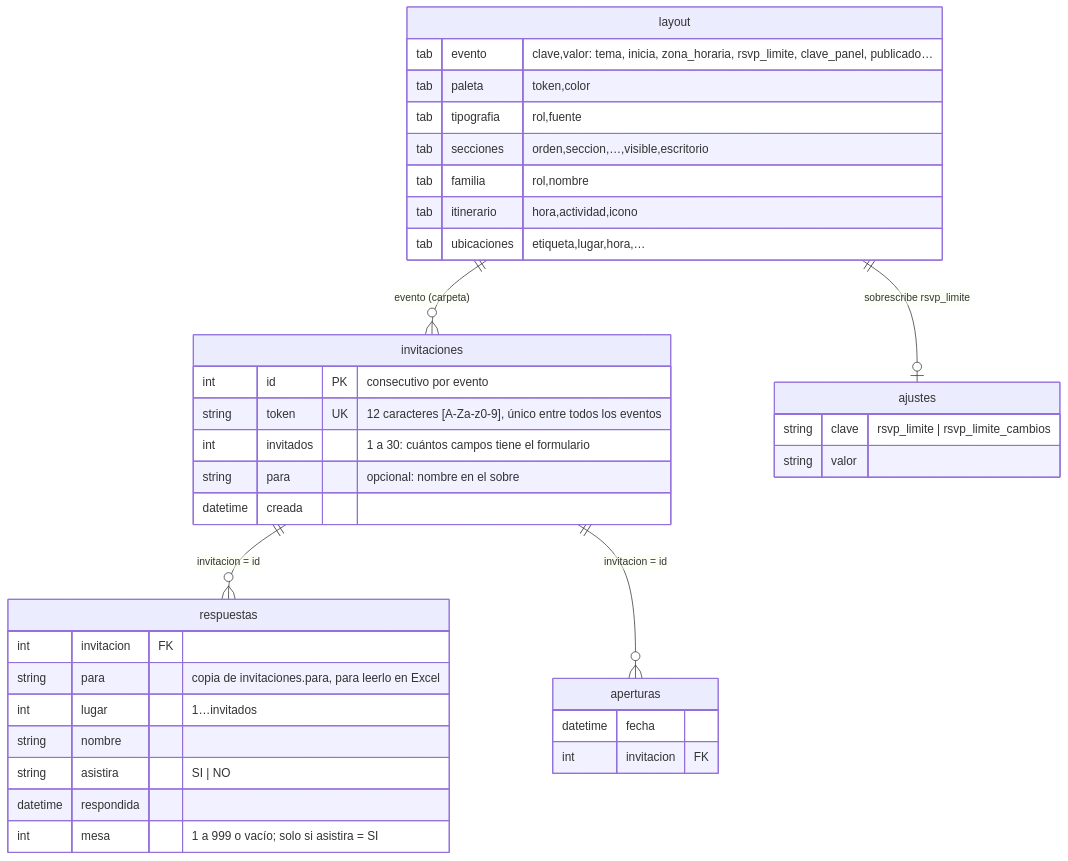
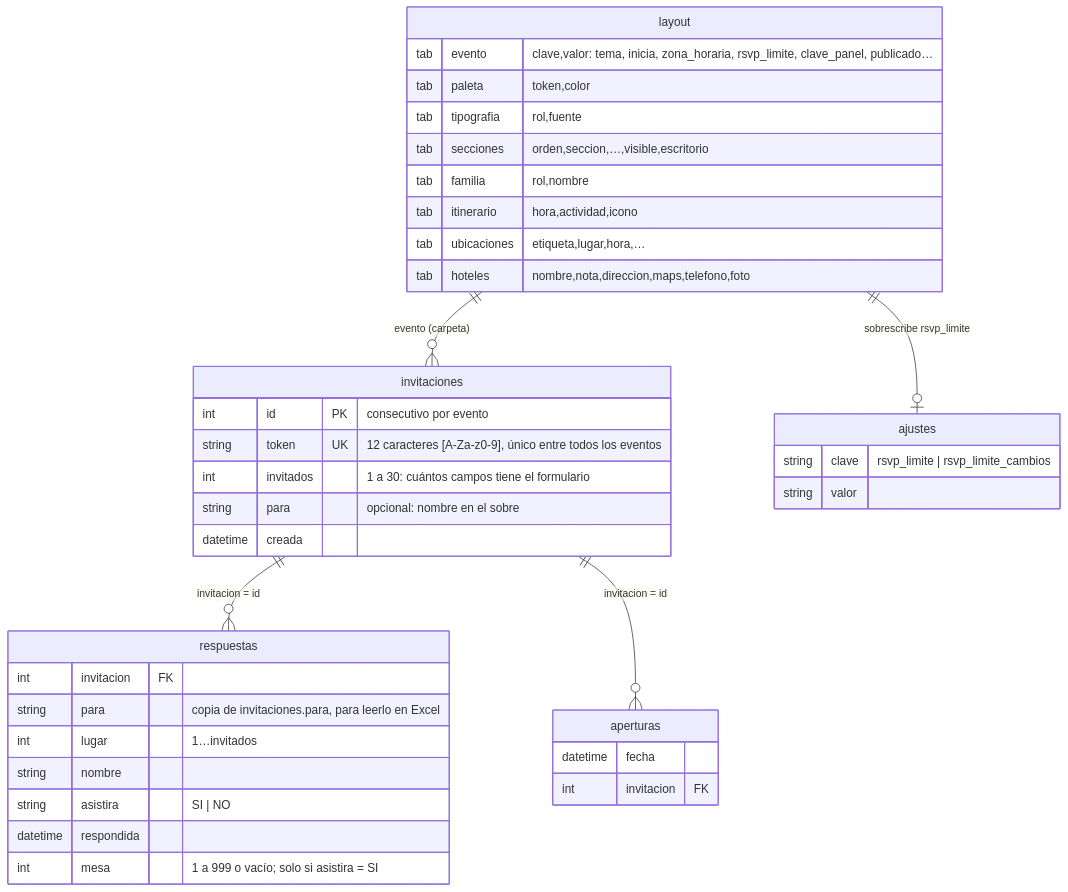
The diagram in docs/plan-invitaciones/03-arquitectura-objetivo/modelo-datos.md (rjm019/invitaciones), drawn with Mermaid before and after one commit. The commit also changed other lines of this file and 83 other files, not shown here.

````diff
--- a/docs/plan-invitaciones/03-arquitectura-objetivo/modelo-datos.md
+++ b/docs/plan-invitaciones/03-arquitectura-objetivo/modelo-datos.md
@@ -24,41 +24,42 @@
 ```mermaid
 erDiagram
     layout ||--o{ invitaciones : "evento (carpeta)"
     invitaciones ||--o{ respuestas : "invitacion = id"
     invitaciones ||--o{ aperturas : "invitacion = id"
     layout ||--o| ajustes : "sobrescribe rsvp_limite"
 
     layout {
       tab evento "clave,valor: tema, inicia, zona_horaria, rsvp_limite, clave_panel, publicado…"
       tab paleta "token,color"
       tab tipografia "rol,fuente"
       tab secciones "orden,seccion,…,visible,escritorio"
       tab familia "rol,nombre"
       tab itinerario "hora,actividad,icono"
       tab ubicaciones "etiqueta,lugar,hora,…"
+      tab hoteles "nombre,nota,direccion,maps,telefono,foto"
     }
     invitaciones {
       int id PK "consecutivo por evento"
       string token UK "12 caracteres [A-Za-z0-9], único entre todos los eventos"
       int invitados "1 a 30: cuántos campos tiene el formulario"
       string para "opcional: nombre en el sobre"
       datetime creada
     }
     respuestas {
       int invitacion FK
       string para "copia de invitaciones.para, para leerlo en Excel"
       int lugar "1…invitados"
       string nombre
       string asistira "SI | NO"
       datetime respondida
       int mesa "1 a 999 o vacío; solo si asistira = SI"
     }
     aperturas {
       datetime fecha
       int invitacion FK
     }
     ajustes {
       string clave "rsvp_limite | rsvp_limite_cambios"
       string valor
     }
 ```
````
